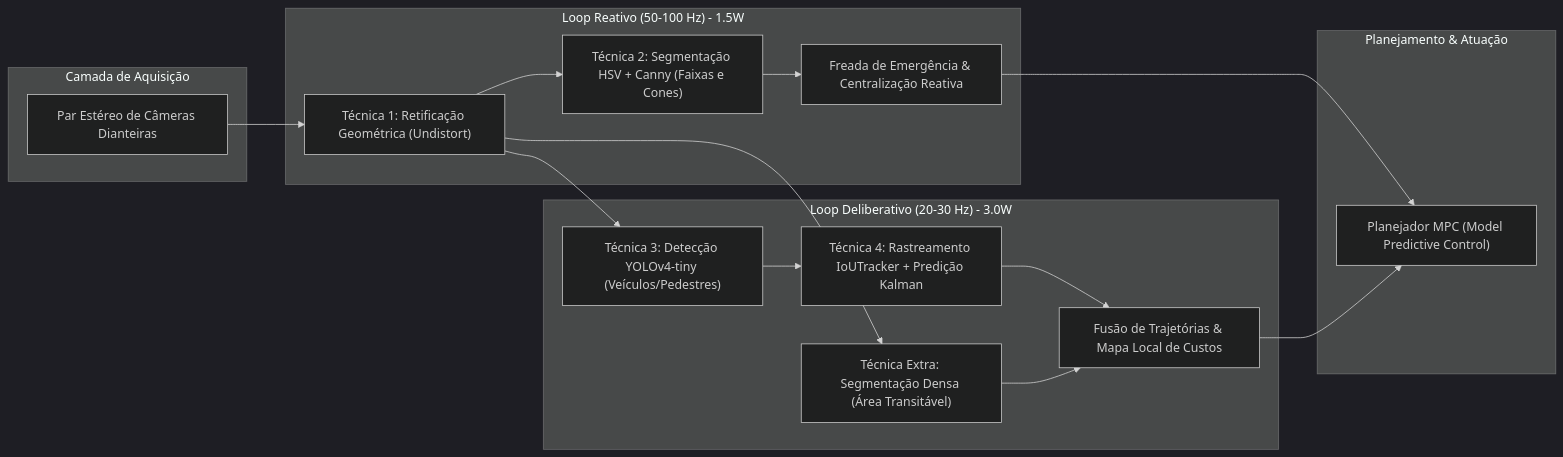
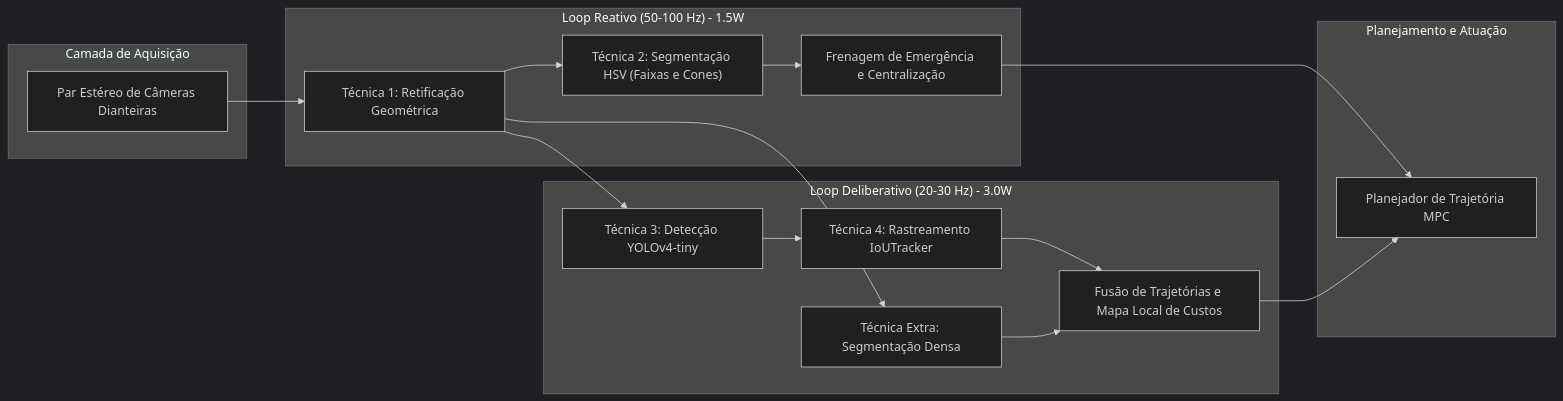
The second of 2 diagrams in at/relatorio_at.md (LcsGondra/VisaoComputacional), drawn with Mermaid (dark theme) before and after one commit. The commit also changed other lines of this file and 9 other files, not shown here.

````diff
--- a/at/relatorio_at.md
+++ b/at/relatorio_at.md
@@ -192,30 +190,30 @@
 ```mermaid
 graph LR
     subgraph SENSOR_TIER["Camada de Aquisição"]
         STEREO_CAM["Par Estéreo de Câmeras Dianteiras"]
     end
 
     subgraph FAST_LOOP["Loop Reativo (50-100 Hz) - 1.5W"]
-        CALIB_STEP["Técnica 1: Retificação Geométrica (Undistort)"]
-        LANE_STEP["Técnica 2: Segmentação HSV + Canny (Faixas e Cones)"]
-        SAFE_STOP["Freada de Emergência & Centralização Reativa"]
+        CALIB_STEP["Técnica 1: Retificação Geométrica"]
+        LANE_STEP["Técnica 2: Segmentação HSV (Faixas e Cones)"]
+        SAFE_STOP["Frenagem de Emergência e Centralização"]
     end
 
     subgraph DELIB_LOOP["Loop Deliberativo (20-30 Hz) - 3.0W"]
-        YOLO_STEP["Técnica 3: Detecção YOLOv4-tiny (Veículos/Pedestres)"]
-        TRACK_STEP["Técnica 4: Rastreamento IoUTracker + Predição Kalman"]
-        SEMANTIC_STEP["Técnica Extra: Segmentação Densa (Área Transitável)"]
-        FUSION["Fusão de Trajetórias & Mapa Local de Custos"]
+        YOLO_STEP["Técnica 3: Detecção YOLOv4-tiny"]
+        TRACK_STEP["Técnica 4: Rastreamento IoUTracker"]
+        SEMANTIC_STEP["Técnica Extra: Segmentação Densa"]
+        FUSION["Fusão de Trajetórias e Mapa Local de Custos"]
     end
 
-    subgraph CONTROL_TIER["Planejamento & Atuação"]
-        PLANNER["Planejador MPC (Model Predictive Control)"]
+    subgraph CONTROL_TIER["Planejamento e Atuação"]
+        PLANNER["Planejador de Trajetória MPC"]
     end
 
     STEREO_CAM --> CALIB_STEP
     CALIB_STEP --> LANE_STEP --> SAFE_STOP
     CALIB_STEP --> YOLO_STEP --> TRACK_STEP --> FUSION
     CALIB_STEP --> SEMANTIC_STEP --> FUSION
     SAFE_STOP --> PLANNER
     FUSION --> PLANNER
 ```
````
